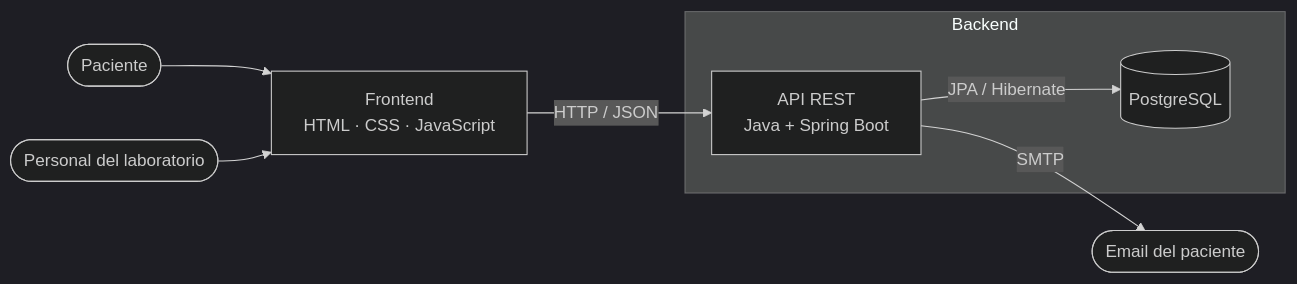
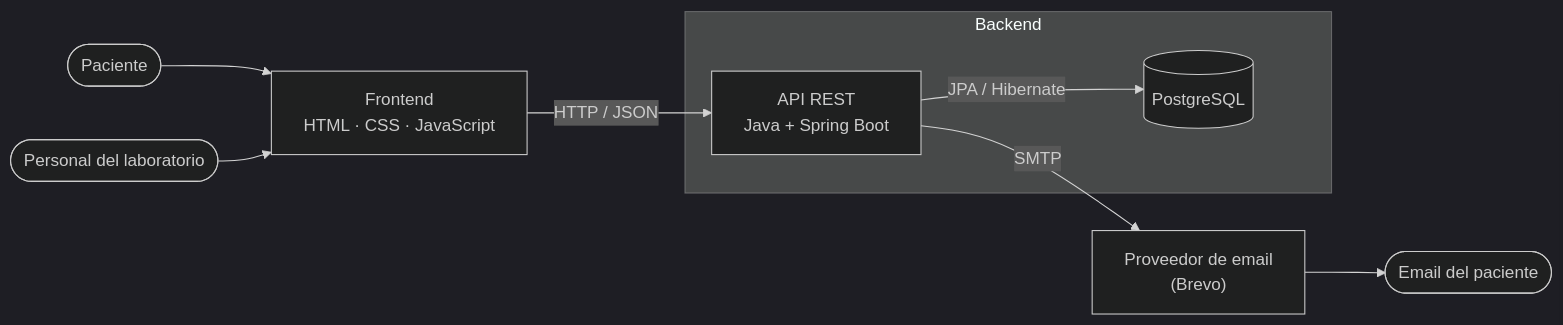
The first of 4 diagrams in docs/arquitectura.md (AriGrela/labresultados), drawn with Mermaid (dark theme) before and after one commit. The commit also changed other lines of this file, not shown here.

Commit message:
Revisión 2 (arquitectura): documenta el proveedor de email como dependencia externa (límites y riesgos)

````diff
--- a/docs/arquitectura.md
+++ b/docs/arquitectura.md
@@ -10,10 +10,11 @@
 ```mermaid
 flowchart LR
     P([Paciente]) --> F
     S([Personal del laboratorio]) --> F
     F["Frontend<br/>HTML · CSS · JavaScript"] -- "HTTP / JSON" --> A
     subgraph B [Backend]
         A["API REST<br/>Java + Spring Boot"] -- "JPA / Hibernate" --> D[("PostgreSQL")]
     end
-    A -- "SMTP" --> M([Email del paciente])
+    A -- "SMTP" --> E["Proveedor de email<br/>(Brevo)"]
+    E --> M([Email del paciente])
 ```
````
